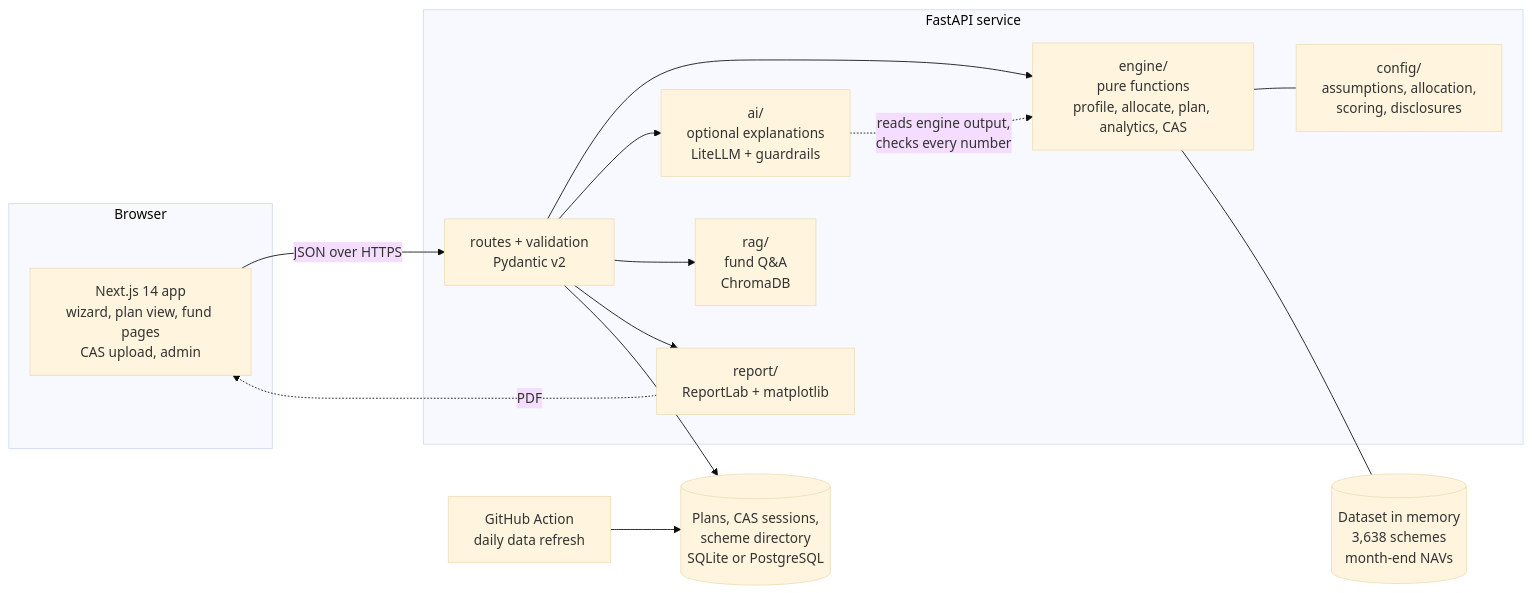
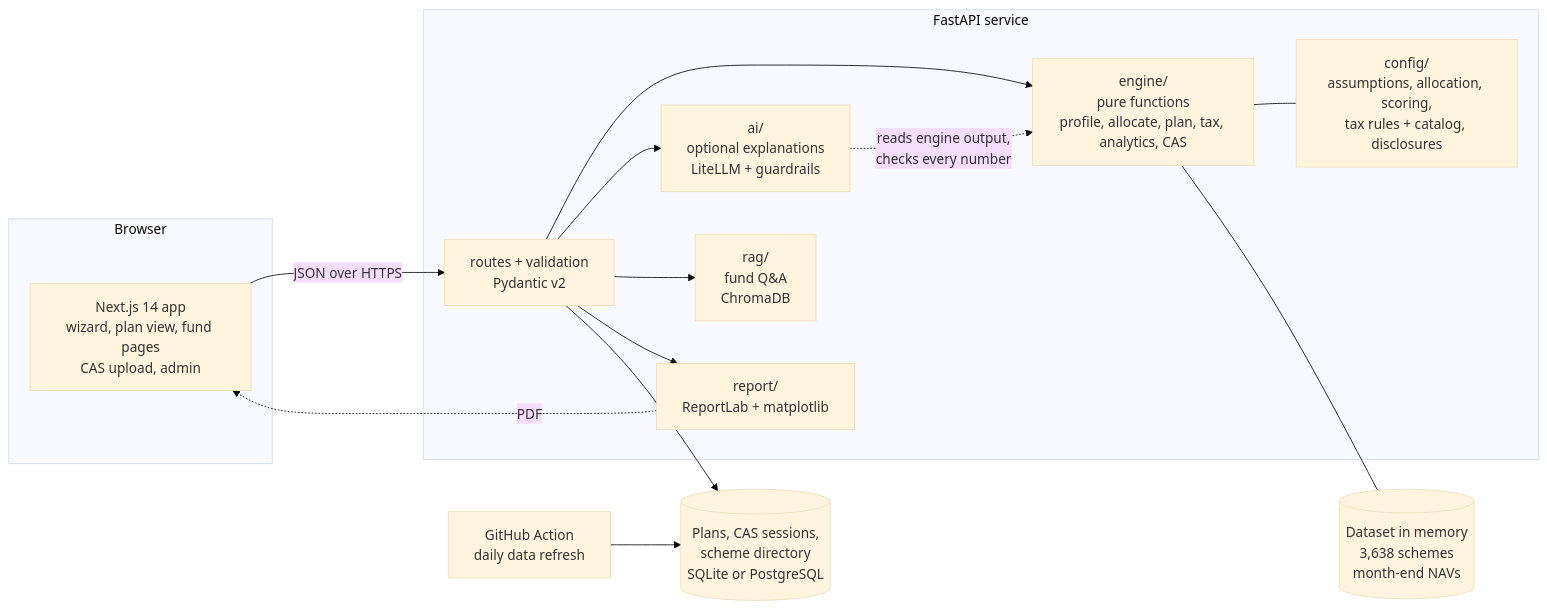
One commit to debmukdm-jioinstitute/Fund-Horizon changed the first of 8 diagrams in README.md. Above: the diagram before and after it, drawn with Mermaid (base theme). The commit also changed other lines of this file and 8 other files, not shown here.

Commit message:
Tax docs: TAX_RULES, README tax section and illustration, landing cards, verification record

````diff
--- a/README.md
+++ b/README.md
@@ -61,28 +62,28 @@
 ```mermaid
 flowchart LR
     subgraph Browser
       W["Next.js 14 app<br/>wizard, plan view, fund pages<br/>CAS upload, admin"]
     end
     subgraph API["FastAPI service"]
       R["routes + validation<br/>Pydantic v2"]
-      E["engine/<br/>pure functions<br/>profile, allocate, plan, analytics, CAS"]
+      E["engine/<br/>pure functions<br/>profile, allocate, plan, tax, analytics, CAS"]
       AI["ai/<br/>optional explanations<br/>LiteLLM + guardrails"]
       RAG["rag/<br/>fund Q&A<br/>ChromaDB"]
       P["report/<br/>ReportLab + matplotlib"]
-      C["config/<br/>assumptions, allocation,<br/>scoring, disclosures"]
+      C["config/<br/>assumptions, allocation, scoring,<br/>tax rules + catalog, disclosures"]
     end
     D[("Dataset in memory<br/>3,638 schemes<br/>month-end NAVs")]
     S[("Plans, CAS sessions,<br/>scheme directory<br/>SQLite or PostgreSQL")]
     G["GitHub Action<br/>daily data refresh"]
     W -- "JSON over HTTPS" --> R
     R --> E
     R --> AI
     R --> RAG
     R --> P
     E --- C
     E --- D
     R --> S
     AI -. "reads engine output,<br/>checks every number" .-> E
     G --> S
     P -. "PDF" .-> W
 ```
````
